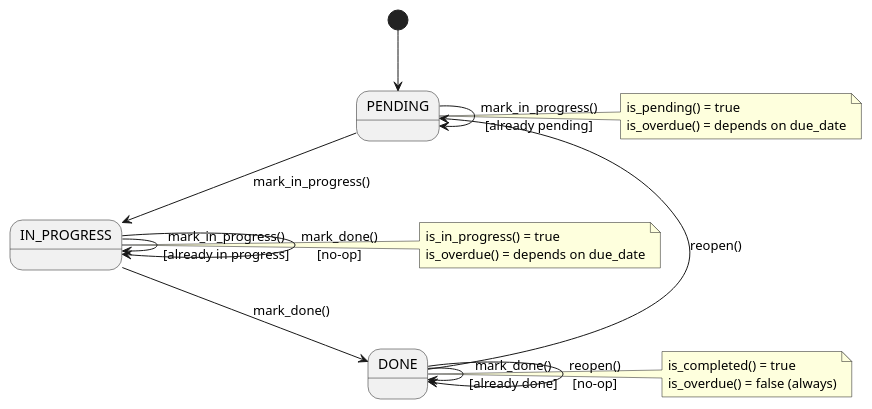
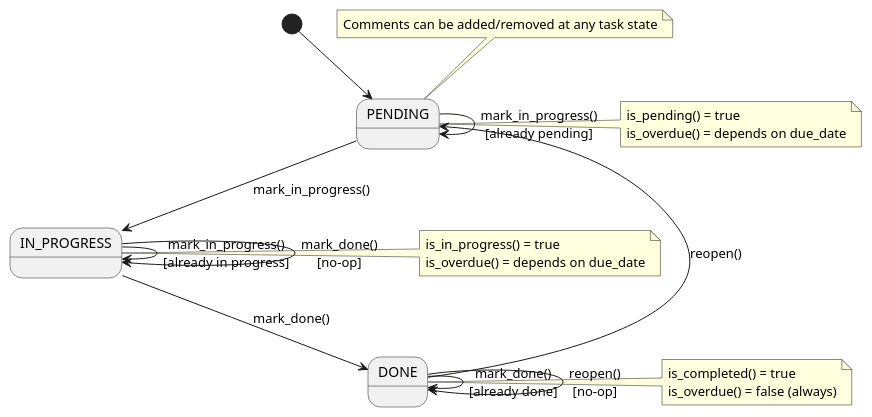
One commit to DanielRiha8906/Software_autoevolution_using_agents changed the diagram in experiments/supervisor_as_tools/user_stories/TODO/artifacts/state_diagram.puml. Above: the diagram before and after it, drawn with PlantUML. The commit also changed 15 other files, not shown here.

First line of the commit message:
task 03 | implement task comments

```diff
--- a/experiments/supervisor_as_tools/user_stories/TODO/artifacts/state_diagram.puml
+++ b/experiments/supervisor_as_tools/user_stories/TODO/artifacts/state_diagram.puml
@@ -1,31 +1,35 @@
 @startuml
 
 [*] --> PENDING
 
 PENDING --> PENDING : mark_in_progress()\n[already pending]
 PENDING --> IN_PROGRESS : mark_in_progress()
 
 IN_PROGRESS --> IN_PROGRESS : mark_in_progress()\n[already in progress]
 IN_PROGRESS --> IN_PROGRESS : mark_done()\n[no-op]
 IN_PROGRESS --> DONE : mark_done()
 
 DONE --> DONE : mark_done()\n[already done]
 DONE --> DONE : reopen()\n[no-op]
 DONE --> PENDING : reopen()
 
 note right of PENDING
   is_pending() = true
   is_overdue() = depends on due_date
 end note
 
 note right of IN_PROGRESS
   is_in_progress() = true
   is_overdue() = depends on due_date
 end note
 
 note right of DONE
   is_completed() = true
   is_overdue() = false (always)
 end note
 
+note top of PENDING
+  Comments can be added/removed at any task state
+end note
+
 @enduml
```
